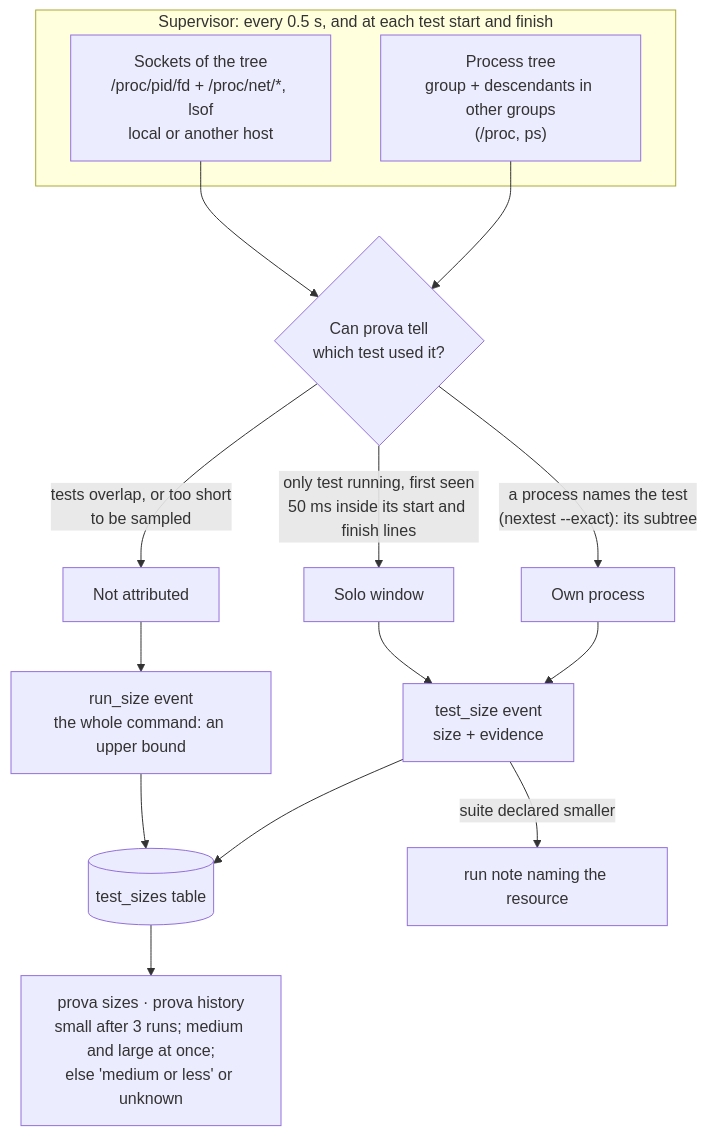
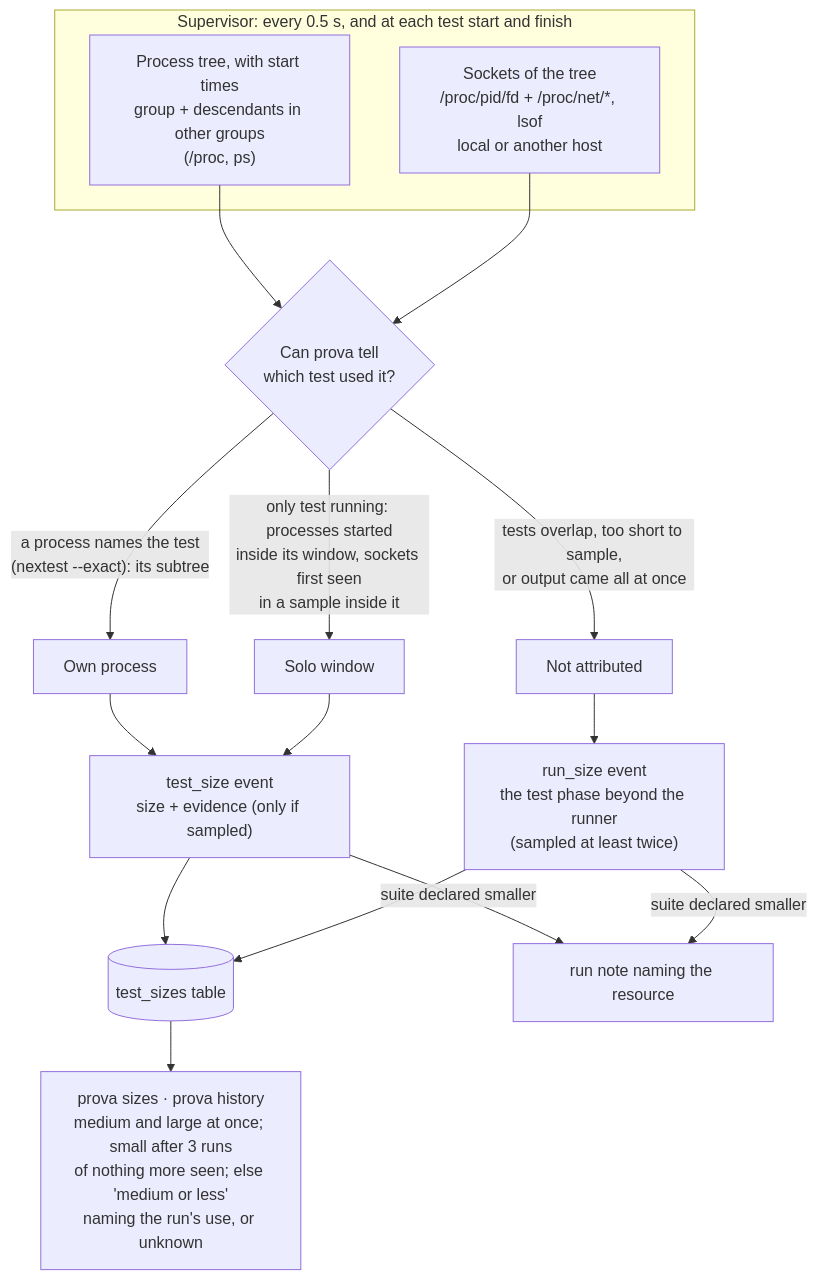
Before and after one commit to fals/prova: the fifth of 7 diagrams in docs/architecture.md, drawn with Mermaid. The commit also changed other lines of this file and 13 other files, not shown here.

````diff
--- a/docs/architecture.md
+++ b/docs/architecture.md
@@ -186,19 +186,20 @@
 ```mermaid
 flowchart TB
     subgraph Sample["Supervisor: every 0.5 s, and at each test start and finish"]
-        T["Process tree<br/>group + descendants in other groups<br/>(/proc, ps)"]
+        T["Process tree, with start times<br/>group + descendants in other groups<br/>(/proc, ps)"]
         K["Sockets of the tree<br/>/proc/pid/fd + /proc/net/*, lsof<br/>local or another host"]
     end
     T --> A{"Can prova tell<br/>which test used it?"}
     K --> A
     A -->|"a process names the test<br/>(nextest --exact): its subtree"| OWN["Own process"]
-    A -->|"only test running, first seen<br/>50 ms inside its start and finish lines"| SOLO["Solo window"]
-    A -->|"tests overlap, or too short<br/>to be sampled"| NONE["Not attributed"]
-    OWN --> TS["test_size event<br/>size + evidence"]
+    A -->|"only test running: processes started<br/>inside its window, sockets first seen<br/>in a sample inside it"| SOLO["Solo window"]
+    A -->|"tests overlap, too short to sample,<br/>or output came all at once"| NONE["Not attributed"]
+    OWN --> TS["test_size event<br/>size + evidence (only if sampled)"]
     SOLO --> TS
-    NONE --> RS["run_size event<br/>the whole command: an upper bound"]
+    NONE --> RS["run_size event<br/>the test phase beyond the runner<br/>(sampled at least twice)"]
     TS --> DB[("test_sizes table")]
     RS --> DB
-    DB --> R["prova sizes · prova history<br/>small after 3 runs; medium and large at once;<br/>else 'medium or less' or unknown"]
+    DB --> R["prova sizes · prova history<br/>medium and large at once; small after 3 runs<br/>of nothing more seen; else 'medium or less'<br/>naming the run's use, or unknown"]
     TS -->|"suite declared smaller"| NOTE["run note naming the resource"]
+    RS -->|"suite declared smaller"| NOTE
 ```
````
